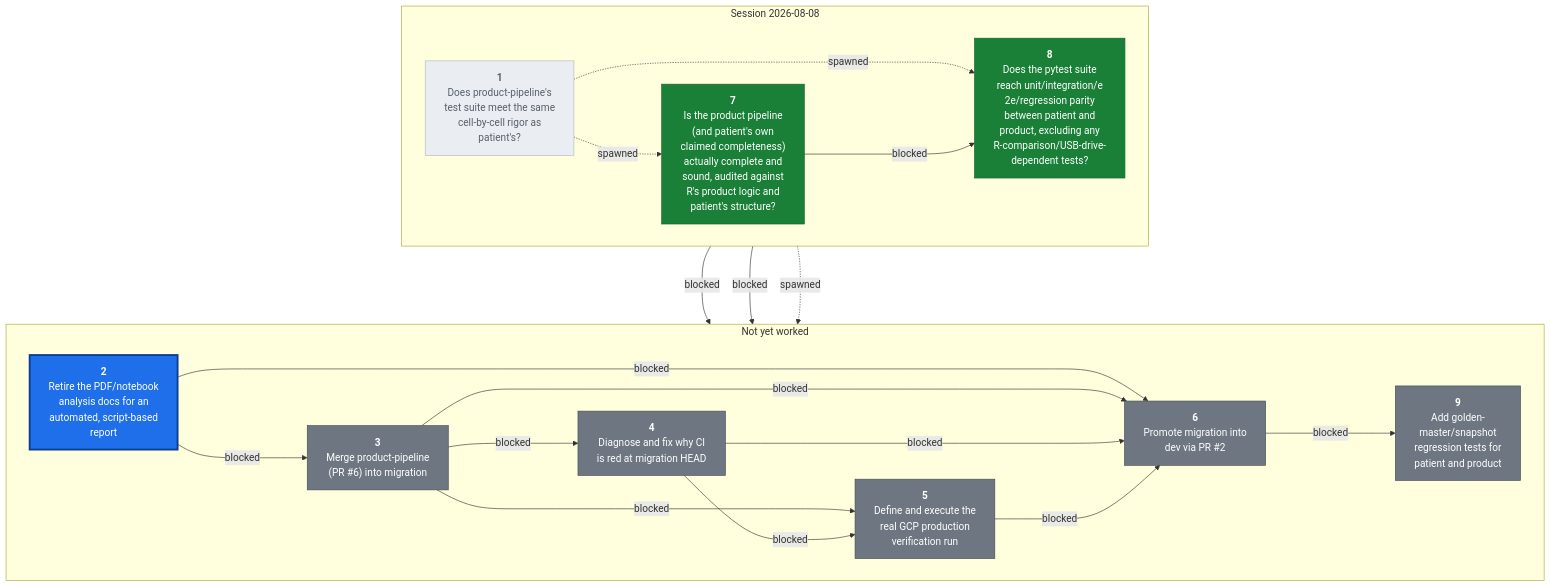
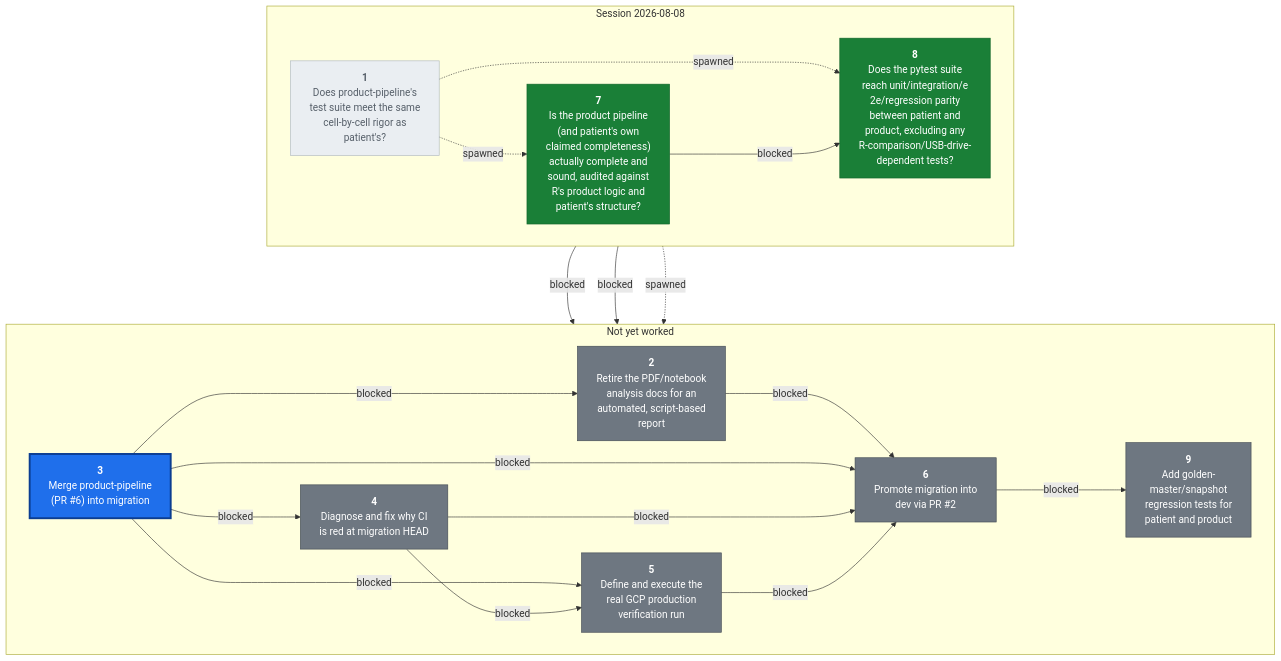
The second of 2 diagrams in docs/wayfinder/map.md (CorrelAid/a4d), drawn with Mermaid before and after one commit. The commit also changed other lines of this file and 6 other files, not shown here.

First line of the commit message:
Resequence wayfinder ticket 2 to after the merge, not before

````diff
--- a/docs/wayfinder/map.md
+++ b/docs/wayfinder/map.md
@@ -245,45 +258,45 @@
 ```mermaid
 flowchart TB
   subgraph S2026_08_08["Session 2026-08-08"]
     direction LR
     U1["<b>1</b><br/>Does product-pipeline's<br/>test suite meet the same<br/>cell-by-cell rigor as<br/>patient's?"]
     U7["<b>7</b><br/>Is the product pipeline<br/>(and patient's own<br/>claimed completeness)<br/>actually complete and<br/>sound, audited against<br/>R's product logic and<br/>patient's structure?"]
     U8["<b>8</b><br/>Does the pytest suite<br/>reach unit/integration/e<br/>2e/regression parity<br/>between patient and<br/>product, excluding any<br/>R-comparison/USB-drive-<br/>dependent tests?"]
   end
   subgraph Sopen["Not yet worked"]
     direction LR
     U2["<b>2</b><br/>Retire the PDF/notebook<br/>analysis docs for an<br/>automated, script-based<br/>report"]
     U3["<b>3</b><br/>Merge product-pipeline<br/>(PR #6) into migration"]
     U4["<b>4</b><br/>Diagnose and fix why CI<br/>is red at migration HEAD"]
     U5["<b>5</b><br/>Define and execute the<br/>real GCP production<br/>verification run"]
     U6["<b>6</b><br/>Promote migration into<br/>dev via PR #2"]
     U9["<b>9</b><br/>Add golden-<br/>master/snapshot<br/>regression tests for<br/>patient and product"]
   end
 
   S2026_08_08 ~~~ Sopen
 
+  U3 --->|blocked| U2
   U8 --->|blocked| U3
-  U2 --->|blocked| U3
   U3 --->|blocked| U4
   U3 --->|blocked| U5
   U4 --->|blocked| U5
   U8 --->|blocked| U6
   U2 --->|blocked| U6
   U3 --->|blocked| U6
   U4 --->|blocked| U6
   U5 --->|blocked| U6
   U1 -.->|spawned| U7
   U1 -.->|spawned| U8
   U7 --->|blocked| U8
   U8 -.->|spawned| U9
   U6 --->|blocked| U9
 
   classDef tfrontier fill:#1f6feb,stroke:#0b3d91,stroke-width:3px,color:#ffffff
-  class U2 tfrontier
+  class U3 tfrontier
   classDef tblocked fill:#6e7781,stroke:#424a53,stroke-width:1px,color:#ffffff
-  class U3,U4,U5,U6,U9 tblocked
+  class U2,U4,U5,U6,U9 tblocked
   classDef tdecided fill:#1a7f37,stroke:#116329,stroke-width:1px,color:#ffffff
   class U7,U8 tdecided
   classDef tdropped fill:#eaeef2,stroke:#afb8c1,stroke-width:1px,color:#57606a
   class U1 tdropped
 ```
````
